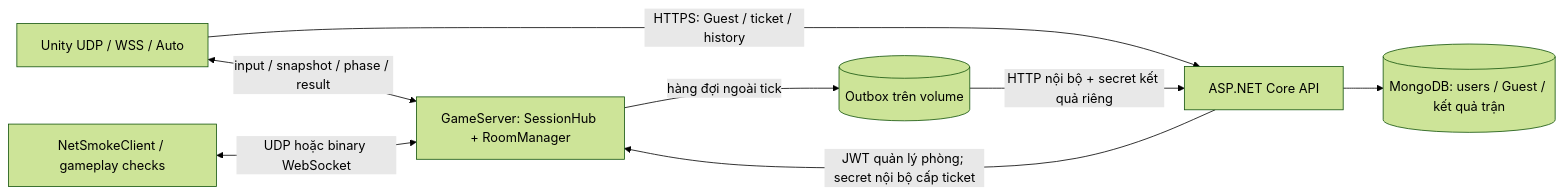
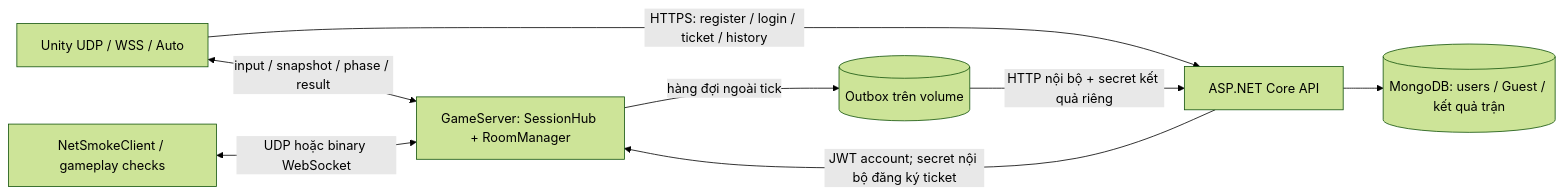
Before and after one commit to Vinhnq19/Lastaway: the diagram in Docs/Network_Architecture.vi.md, drawn with Mermaid (forest theme). The commit also changed other lines of this file and 11 other files, not shown here.

Commit message:
docs: update architecture specs and phase 2 audit reports

````diff
--- a/Docs/Network_Architecture.vi.md
+++ b/Docs/Network_Architecture.vi.md
@@ -23,10 +25,10 @@
 ```mermaid
 flowchart LR
     U[Unity UDP / WSS / Auto] <-->|input / snapshot / phase / result| G[GameServer: SessionHub + RoomManager]
     S[NetSmokeClient / gameplay checks] <-->|UDP hoặc binary WebSocket| G
-    U -->|HTTPS: Guest / ticket / history| A[ASP.NET Core API]
-    A -->|JWT quản lý phòng; secret nội bộ cấp ticket| G
+    U -->|HTTPS: register / login / ticket / history| A[ASP.NET Core API]
+    A -->|JWT account; secret nội bộ đăng ký ticket| G
     G -->|hàng đợi ngoài tick| O[(Outbox trên volume)]
     O -->|HTTP nội bộ + secret kết quả riêng| A
     A --> M[(MongoDB: users / Guest / kết quả trận)]
 ```
````
